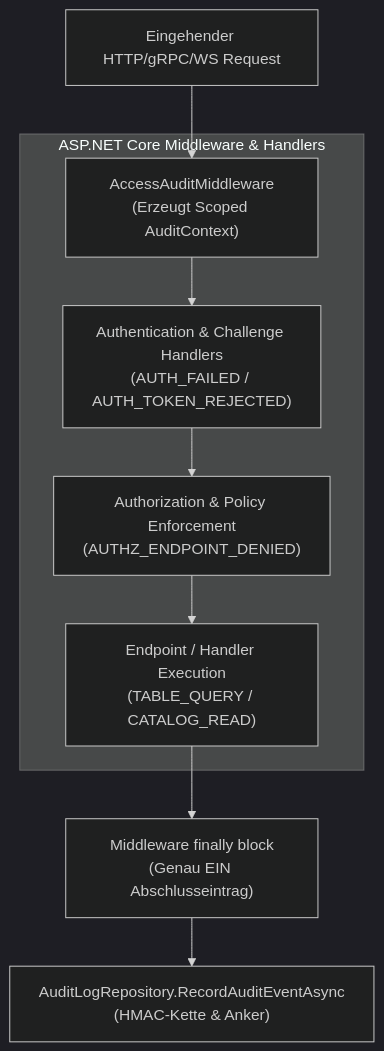
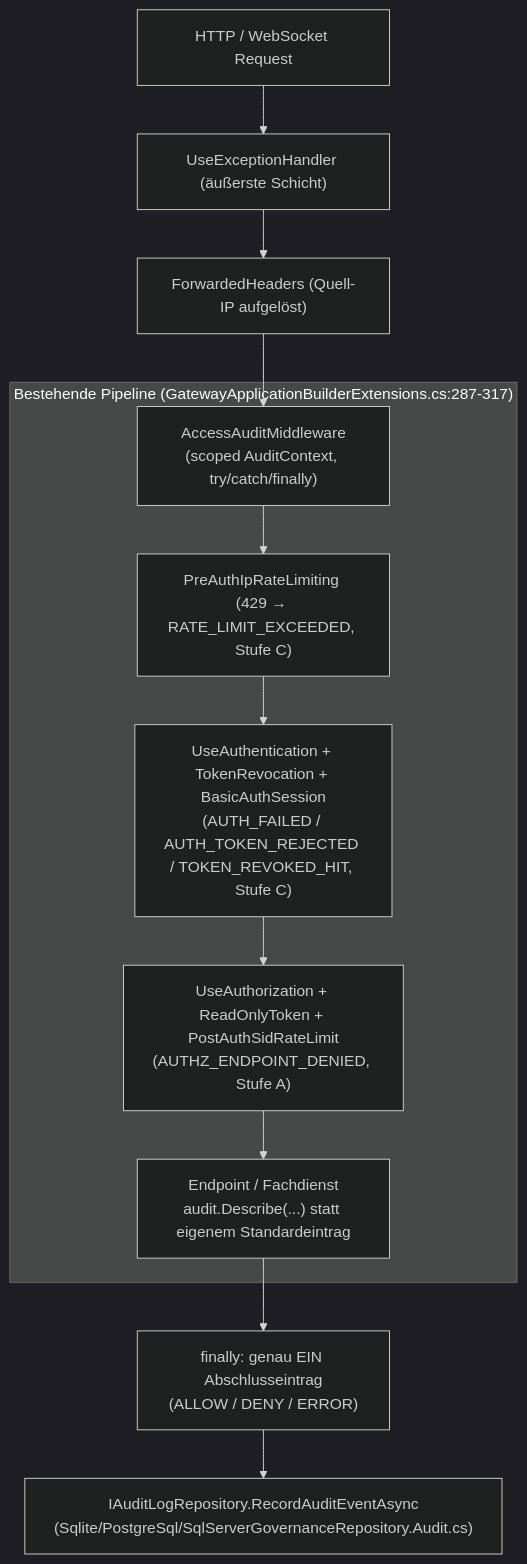
The diagram in docs/plans/plan-lueckenloses-zugriffs-audit-by-default.md (themulle/autheris), drawn with Mermaid (dark theme) before and after one commit. The commit also changed other lines of this file and 9 other files, not shown here.

First line of the commit message:
docs(plans): review and refine plans 1-7, record decisions, merge audit plan

````diff
--- a/docs/plans/plan-lueckenloses-zugriffs-audit-by-default.md
+++ b/docs/plans/plan-lueckenloses-zugriffs-audit-by-default.md
@@ -25,13 +35,16 @@
 ```mermaid
 flowchart TD
-    Req["Eingehender HTTP/gRPC/WS Request"] --> AAM["AccessAuditMiddleware<br/>(Erzeugt Scoped AuditContext)"]
-    
-    subgraph Pipeline["ASP.NET Core Middleware & Handlers"]
-        AAM --> Auth["Authentication & Challenge Handlers<br/>(AUTH_FAILED / AUTH_TOKEN_REJECTED)"]
-        Auth --> AuthZ["Authorization & Policy Enforcement<br/>(AUTHZ_ENDPOINT_DENIED)"]
-        AuthZ --> Endpoint["Endpoint / Handler Execution<br/>(TABLE_QUERY / CATALOG_READ)"]
+    Req["HTTP / WebSocket Request"] --> EH["UseExceptionHandler (äußerste Schicht)"]
+    EH --> FH["ForwardedHeaders (Quell-IP aufgelöst)"]
+    FH --> AAM["AccessAuditMiddleware<br/>(scoped AuditContext, try/catch/finally)"]
+
+    subgraph Pipeline["Bestehende Pipeline (GatewayApplicationBuilderExtensions.cs:287-317)"]
+        AAM --> PRL["PreAuthIpRateLimiting (429 → RATE_LIMIT_EXCEEDED, Stufe C)"]
+        PRL --> Auth["UseAuthentication + TokenRevocation + BasicAuthSession<br/>(AUTH_FAILED / AUTH_TOKEN_REJECTED / TOKEN_REVOKED_HIT, Stufe C)"]
+        Auth --> AuthZ["UseAuthorization + ReadOnlyToken + PostAuthSidRateLimit<br/>(AUTHZ_ENDPOINT_DENIED, Stufe A)"]
+        AuthZ --> Endpoint["Endpoint / Fachdienst<br/>audit.Describe(...) statt eigenem Standardeintrag"]
     end
 
-    Endpoint --> Finish["Middleware finally block<br/>(Genau EIN Abschlusseintrag)"]
-    Finish --> Writer["AuditLogRepository.RecordAuditEventAsync<br/>(HMAC-Kette & Anker)"]
+    Endpoint --> Finish["finally: genau EIN Abschlusseintrag<br/>(ALLOW / DENY / ERROR)"]
+    Finish --> Writer["IAuditLogRepository.RecordAuditEventAsync<br/>(Sqlite/PostgreSql/SqlServerGovernanceRepository.Audit.cs)"]
 ```
````
